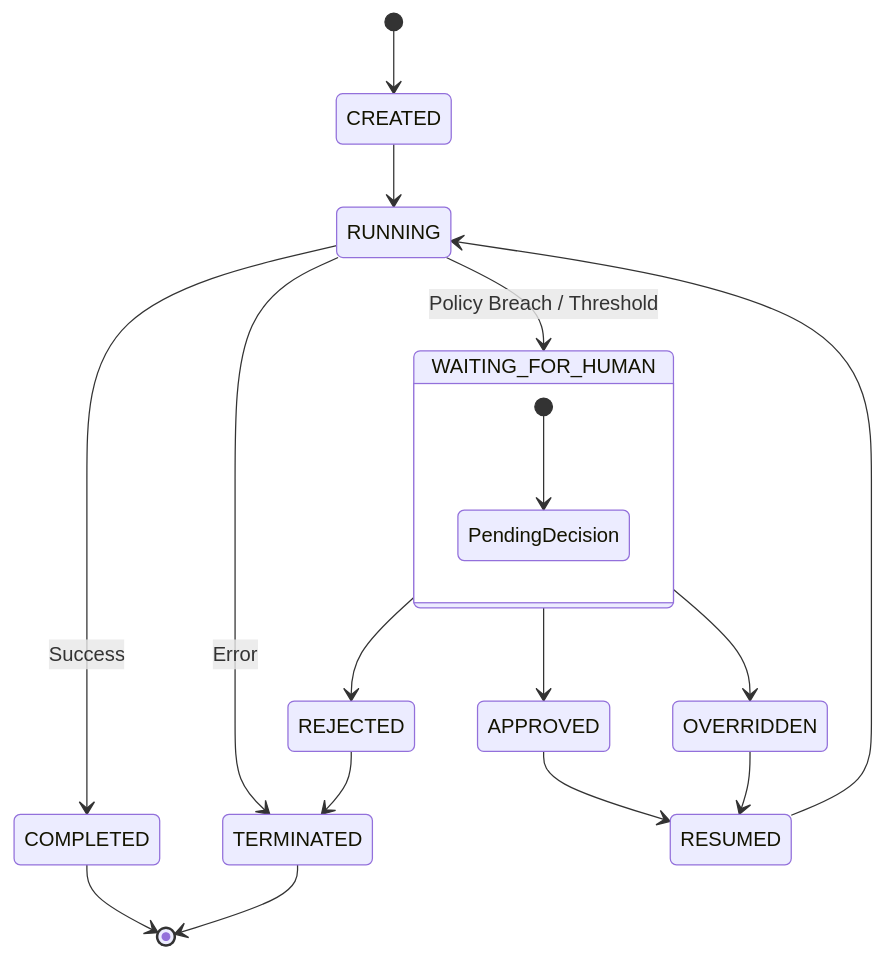
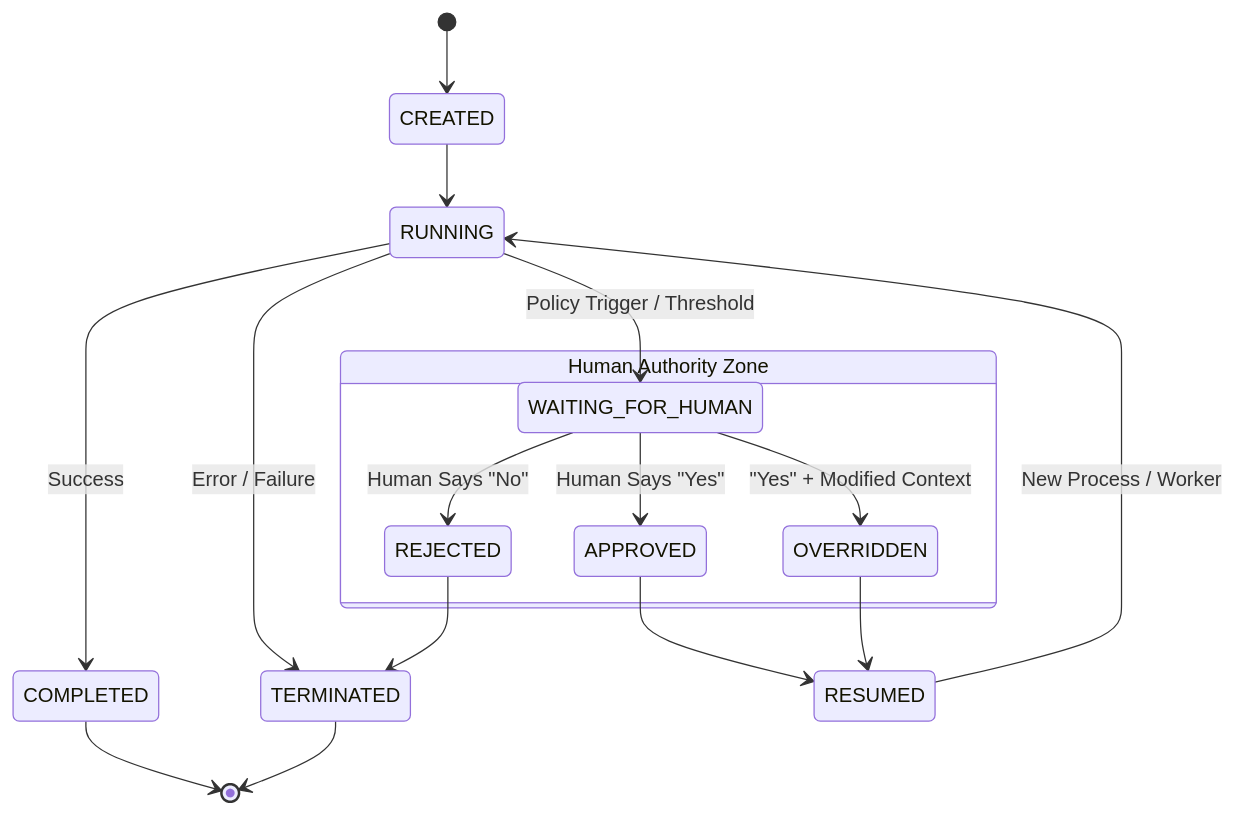
Before and after one commit to Rainminds/gantral: the diagram in docs/architecture/state-machine.md, drawn with Mermaid. The commit also changed other lines of this file and 46 other files, not shown here.

````diff
--- a/docs/architecture/state-machine.md
+++ b/docs/architecture/state-machine.md
@@ -7,27 +14,25 @@
 ```mermaid
 stateDiagram-v2
     [*] --> CREATED
     CREATED --> RUNNING
     
-    RUNNING --> WAITING_FOR_HUMAN: Policy Breach / Threshold
+    RUNNING --> WAITING_FOR_HUMAN: Policy Trigger / Threshold
     RUNNING --> COMPLETED: Success
-    RUNNING --> TERMINATED: Error
+    RUNNING --> TERMINATED: Error / Failure
     
-    state WAITING_FOR_HUMAN {
-        [*] --> PendingDecision
+    state "Human Authority Zone" as AuthorityZone {
+        WAITING_FOR_HUMAN --> APPROVED: Human Says "Yes"
+        WAITING_FOR_HUMAN --> REJECTED: Human Says "No"
+        WAITING_FOR_HUMAN --> OVERRIDDEN: "Yes" + Modified Context
     }
-    
-    WAITING_FOR_HUMAN --> APPROVED
-    WAITING_FOR_HUMAN --> REJECTED
-    WAITING_FOR_HUMAN --> OVERRIDDEN
     
     APPROVED --> RESUMED
     OVERRIDDEN --> RESUMED
     
-    RESUMED --> RUNNING
+    RESUMED --> RUNNING: New Process / Worker
     
     REJECTED --> TERMINATED
     
     COMPLETED --> [*]
     TERMINATED --> [*]
 ```
````
